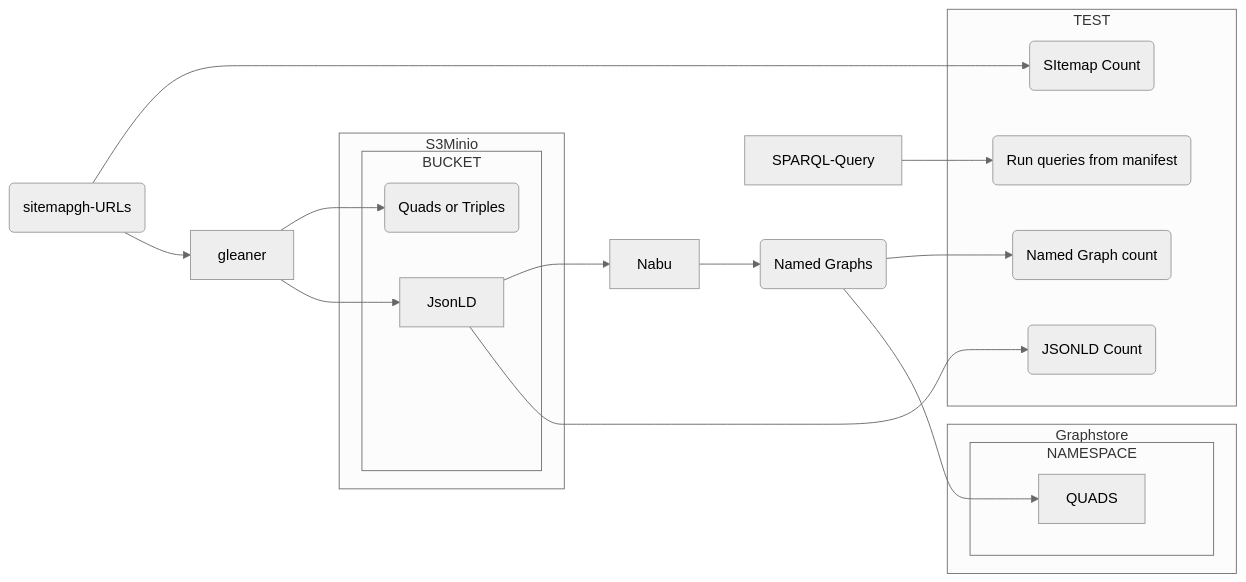
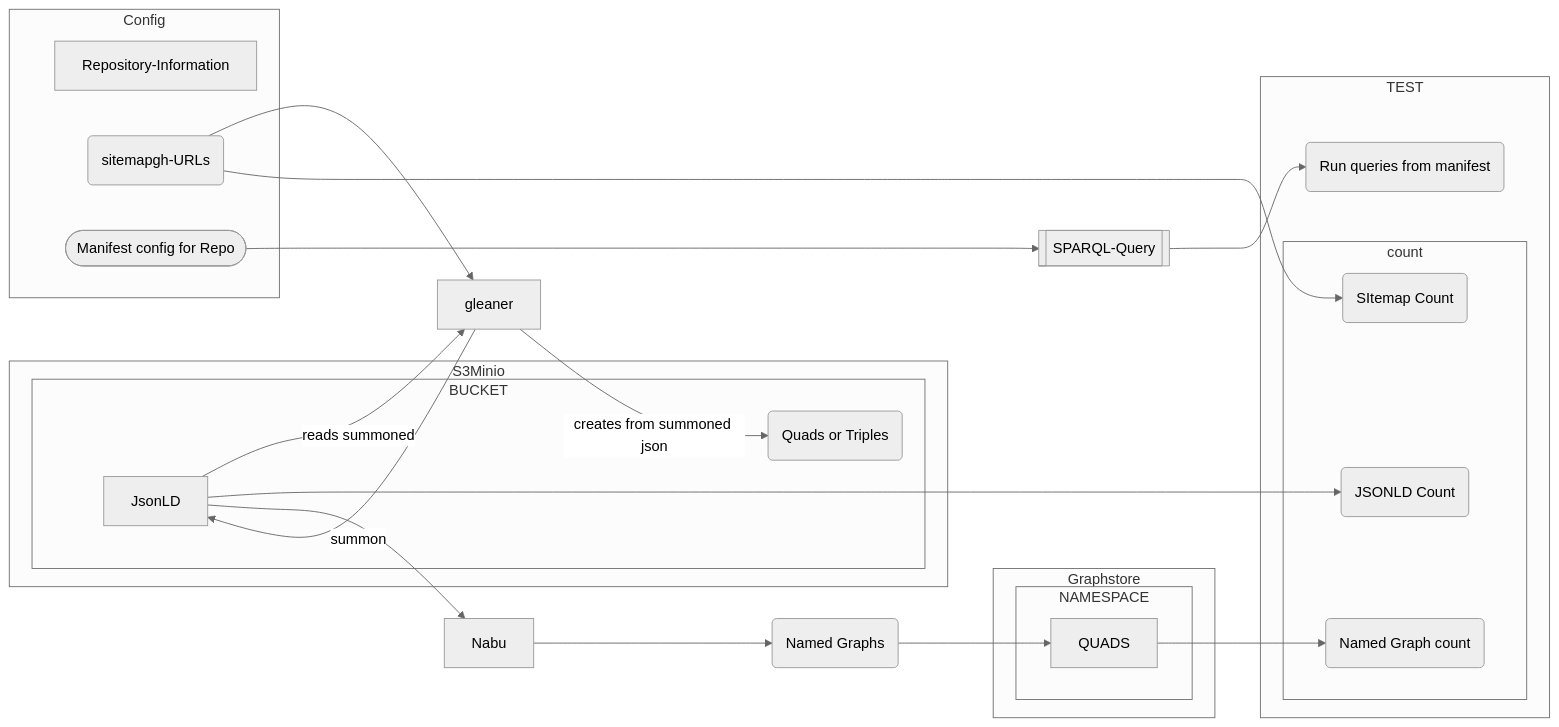
The first of 4 diagrams in test/readme.md (MBcode/ec), drawn with Mermaid (neutral theme) before and after one commit. The commit also changed other lines of this file, not shown here.

````diff
--- a/test/readme.md
+++ b/test/readme.md
@@ -38,27 +46,38 @@
 ```mermaid
 flowchart LR
    subgraph S3Minio 
       subgraph BUCKET 
+         RDF(Quads or Triples)
          JsonLD
-         RDF(Quads or Triples)
+
       end
    end
-  SG(sitemapgh-URLs) --> gleaner  --> JsonLD 
-  gleaner  --> RDF 
+   subgraph Config
+        Repository-Information
+      SG(sitemapgh-URLs)
+      TESTMAN([ Manifest config for Repo ])
+   end
+  SG --> gleaner 
+  gleaner -- creates from summoned json --> RDF 
+  JsonLD -- reads  summoned --> gleaner
+  gleaner -- summon  --> JsonLD 
   SG(sitemapgh-URLs) --> SMC( SItemap Count )
   subgraph TEST
-    GLNRCOUNT(JSONLD Count)
-    SMC( SItemap Count )
-    GSGraphCOUNT(Named Graph count) 
-    DLQUERY(Run queries from manifest ) 
+      subgraph count
+        SMC( SItemap Count )
+
+        GLNRCOUNT(JSONLD Count)
+        GSGraphCOUNT(Named Graph count) 
+       end
+        DLQUERY(Run queries from manifest ) 
   end
   JsonLD --> GLNRCOUNT
   subgraph Graphstore  
       subgraph NAMESPACE 
          QUADS
       end
    end     
+  QUADS --> GSGraphCOUNT
   JsonLD --> Nabu --> NGRPH(Named Graphs) --> QUADS
-  NGRPH --> GSGraphCOUNT
-  SPARQL-Query --> DLQUERY
+  TESTMAN --> TESTQUERY[[SPARQL-Query ]]  --> DLQUERY
 ```
````
